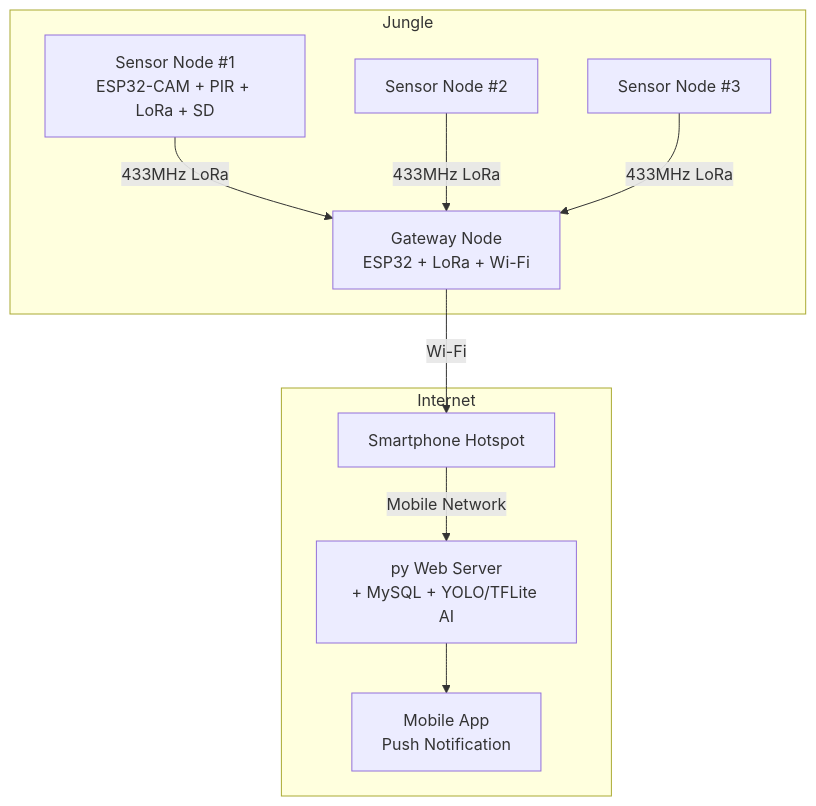
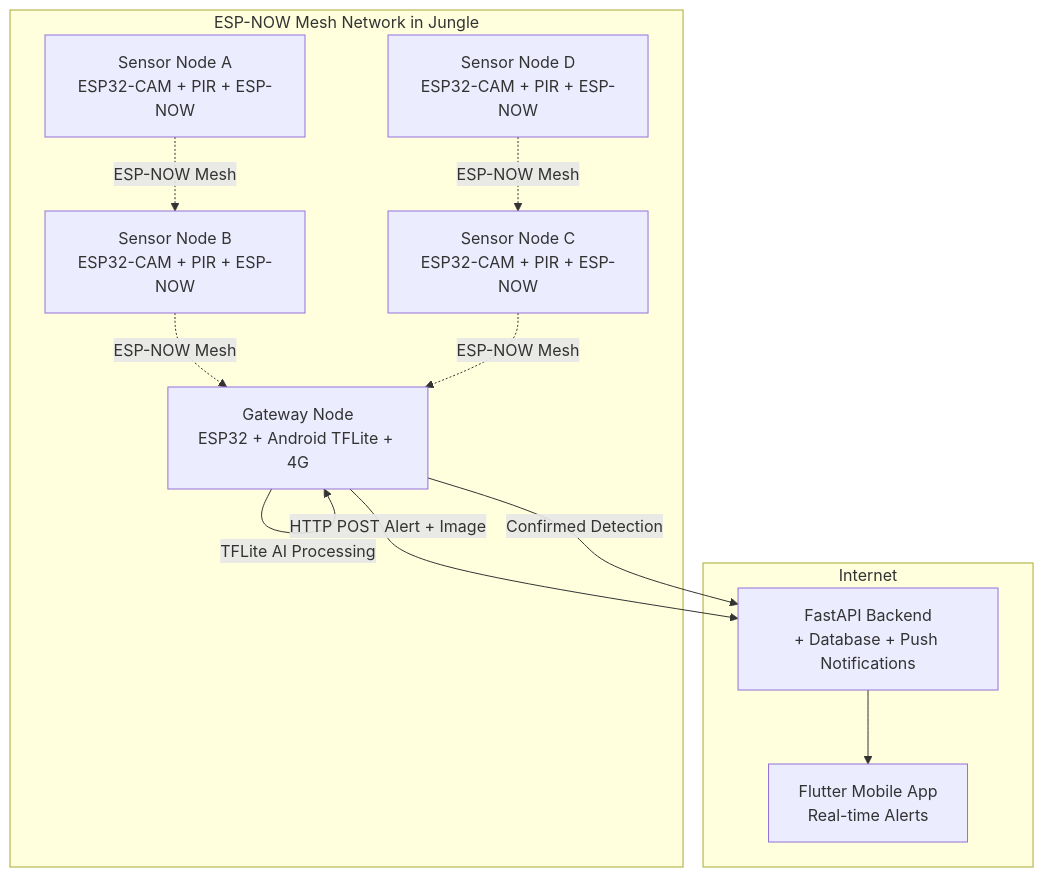
The second of 3 diagrams in README.md (Uttam-Mahata/herd), drawn with Mermaid before and after one commit. The commit also changed other lines of this file and 7 other files, not shown here.

First line of the commit message:
Implement HERD Wildlife Detection System - Sensor Node Firmware and FastAPI Backend

````diff
--- a/README.md
+++ b/README.md
@@ -15,21 +637,23 @@
 ```mermaid
 graph TD
-    subgraph Jungle
-        Node1[Sensor Node #1<br>ESP32-CAM + PIR + LoRa + SD]
-        Node2[Sensor Node #2]
-        Node3[Sensor Node #3]
-        Gateway[Gateway Node<br>ESP32 + LoRa + Wi-Fi]
+    subgraph Jungle[ESP-NOW Mesh Network in Jungle]
+        Node1[Sensor Node A<br>ESP32-CAM + PIR + ESP-NOW]
+        Node2[Sensor Node B<br>ESP32-CAM + PIR + ESP-NOW]
+        Node3[Sensor Node C<br>ESP32-CAM + PIR + ESP-NOW]
+        Node4[Sensor Node D<br>ESP32-CAM + PIR + ESP-NOW]
+        Gateway[Gateway Node<br>ESP32 + Android TFLite + 4G]
     end
     subgraph Internet
-        Phone[Smartphone Hotspot]
-        Server[py Web Server<br>+ MySQL + YOLO/TFLite AI]
-        App[Mobile App<br>Push Notification]
+        FastAPI[FastAPI Backend<br>+ Database + Push Notifications]
+        Flutter[Flutter Mobile App<br>Real-time Alerts]
     end
 
-    Node1 --433MHz LoRa--> Gateway
-    Node2 --433MHz LoRa--> Gateway
-    Node3 --433MHz LoRa--> Gateway
-    Gateway -->|Wi-Fi| Phone
-    Phone -->|Mobile Network| Server
-    Server --> App
+    Node1 -.->|ESP-NOW Mesh| Node2
+    Node2 -.->|ESP-NOW Mesh| Gateway
+    Node3 -.->|ESP-NOW Mesh| Gateway
+    Node4 -.->|ESP-NOW Mesh| Node3
+    Gateway -->|HTTP POST Alert + Image| FastAPI
+    Gateway -->|TFLite AI Processing| Gateway
+    Gateway -->|Confirmed Detection| FastAPI
+    FastAPI --> Flutter
 ```
````
